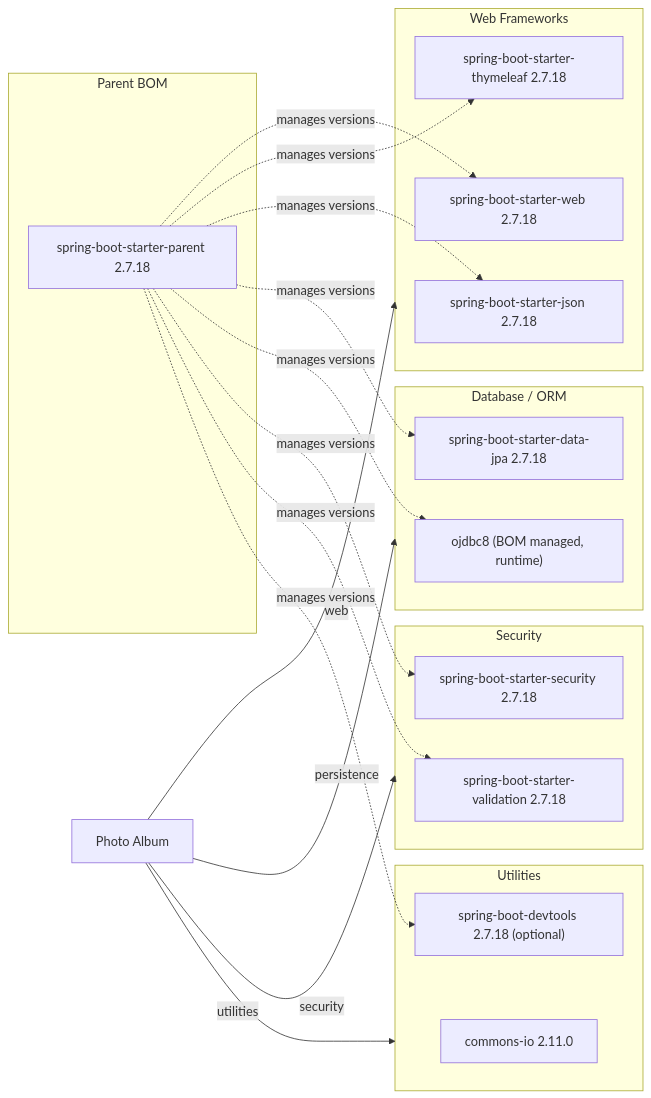
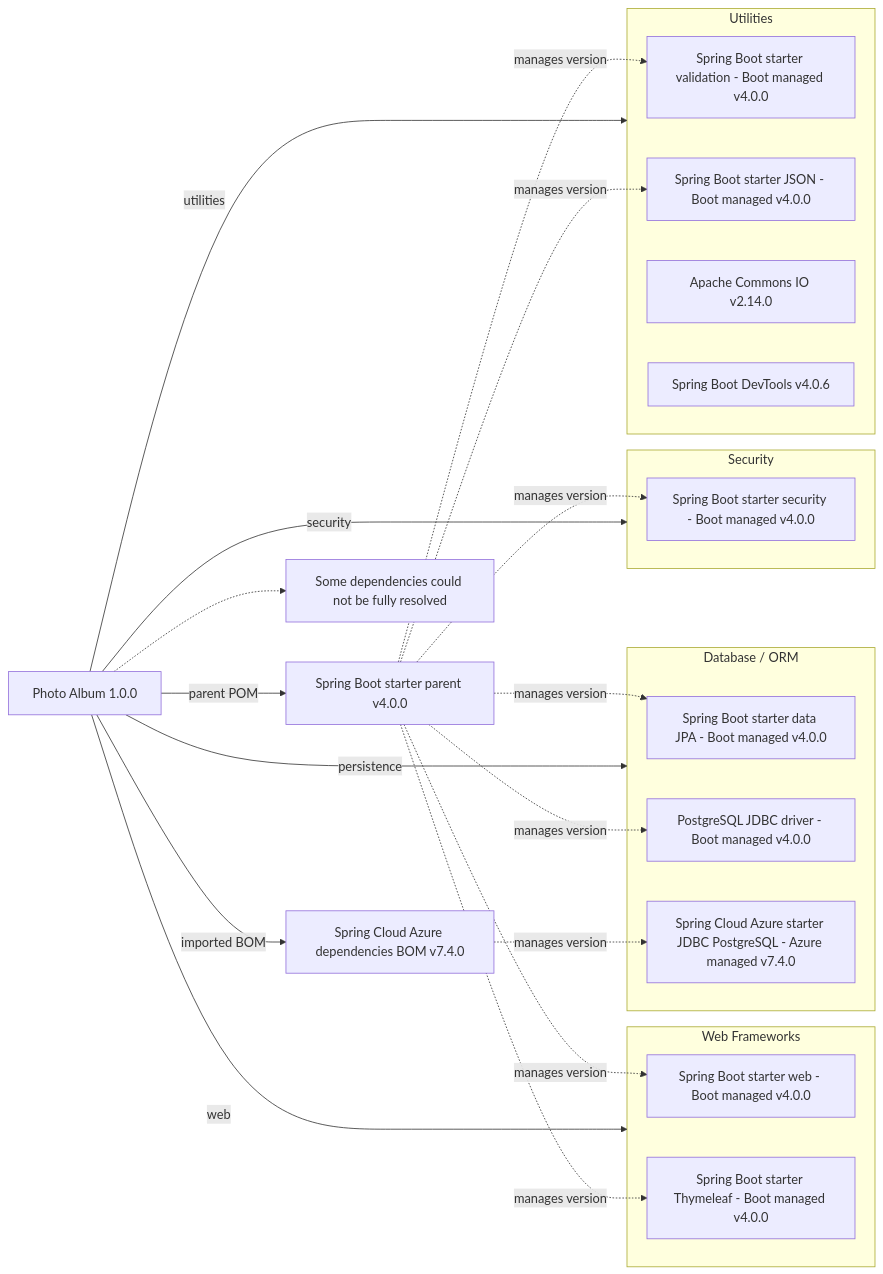
Before and after one commit to sofiedelaet001/PhotoAlbum-Java: the diagram in .github/modernize/assessment/engines/facts/dependency-map.md, drawn with Mermaid. The commit also changed other lines of this file and 23 other files, not shown here.

Commit message:
Migrate PhotoAlbum to PostgreSQL

````diff
--- a/.github/modernize/assessment/engines/facts/dependency-map.md
+++ b/.github/modernize/assessment/engines/facts/dependency-map.md
@@ -7,43 +7,42 @@
 ```mermaid
 flowchart LR
-    App["Photo Album"]
-
-    subgraph BOM["Parent BOM"]
-        SBParent["spring-boot-starter-parent 2.7.18"]
-    end
+    App["Photo Album 1.0.0"]
+    BootParent["Spring Boot starter parent v4.0.0"]
+    AzureBOM["Spring Cloud Azure dependencies BOM v7.4.0"]
+    Note["Some dependencies could not be fully resolved"]
 
     subgraph Web["Web Frameworks"]
-        SBWeb["spring-boot-starter-web 2.7.18"]
-        SBThyme["spring-boot-starter-thymeleaf 2.7.18"]
-        SBJson["spring-boot-starter-json 2.7.18"]
+        WebStarter["Spring Boot starter web - Boot managed v4.0.0"]
+        Thymeleaf["Spring Boot starter Thymeleaf - Boot managed v4.0.0"]
     end
-
     subgraph DB["Database / ORM"]
-        SBJpa["spring-boot-starter-data-jpa 2.7.18"]
-        Ojdbc["ojdbc8 (BOM managed, runtime)"]
+        DataJPA["Spring Boot starter data JPA - Boot managed v4.0.0"]
+        PostgreSQL["PostgreSQL JDBC driver - Boot managed v4.0.0"]
+        AzureJDBC["Spring Cloud Azure starter JDBC PostgreSQL - Azure managed v7.4.0"]
     end
-
-    subgraph Sec["Security"]
-        SBSecurity["spring-boot-starter-security 2.7.18"]
-        SBValidation["spring-boot-starter-validation 2.7.18"]
+    subgraph Security["Security"]
+        SecurityStarter["Spring Boot starter security - Boot managed v4.0.0"]
     end
-
-    subgraph Util["Utilities"]
-        CommonsIO["commons-io 2.11.0"]
-        DevTools["spring-boot-devtools 2.7.18 (optional)"]
+    subgraph Utilities["Utilities"]
+        Validation["Spring Boot starter validation - Boot managed v4.0.0"]
+        JSON["Spring Boot starter JSON - Boot managed v4.0.0"]
+        CommonsIO["Apache Commons IO v2.14.0"]
+        DevTools["Spring Boot DevTools v4.0.6"]
     end
-
-    SBParent -.->|"manages versions"| SBWeb
-    SBParent -.->|"manages versions"| SBThyme
-    SBParent -.->|"manages versions"| SBJson
-    SBParent -.->|"manages versions"| SBJpa
-    SBParent -.->|"manages versions"| Ojdbc
-    SBParent -.->|"manages versions"| SBSecurity
-    SBParent -.->|"manages versions"| SBValidation
-    SBParent -.->|"manages versions"| DevTools
 
     App -->|"web"| Web
     App -->|"persistence"| DB
-    App -->|"security"| Sec
-    App -->|"utilities"| Util
+    App -->|"security"| Security
+    App -->|"utilities"| Utilities
+    App -->|"parent POM"| BootParent
+    App -->|"imported BOM"| AzureBOM
+    App -.-> Note
+    BootParent -.->|"manages version"| WebStarter
+    BootParent -.->|"manages version"| Thymeleaf
+    BootParent -.->|"manages version"| DataJPA
+    BootParent -.->|"manages version"| PostgreSQL
+    BootParent -.->|"manages version"| SecurityStarter
+    BootParent -.->|"manages version"| Validation
+    BootParent -.->|"manages version"| JSON
+    AzureBOM -.->|"manages version"| AzureJDBC
 ```
````
